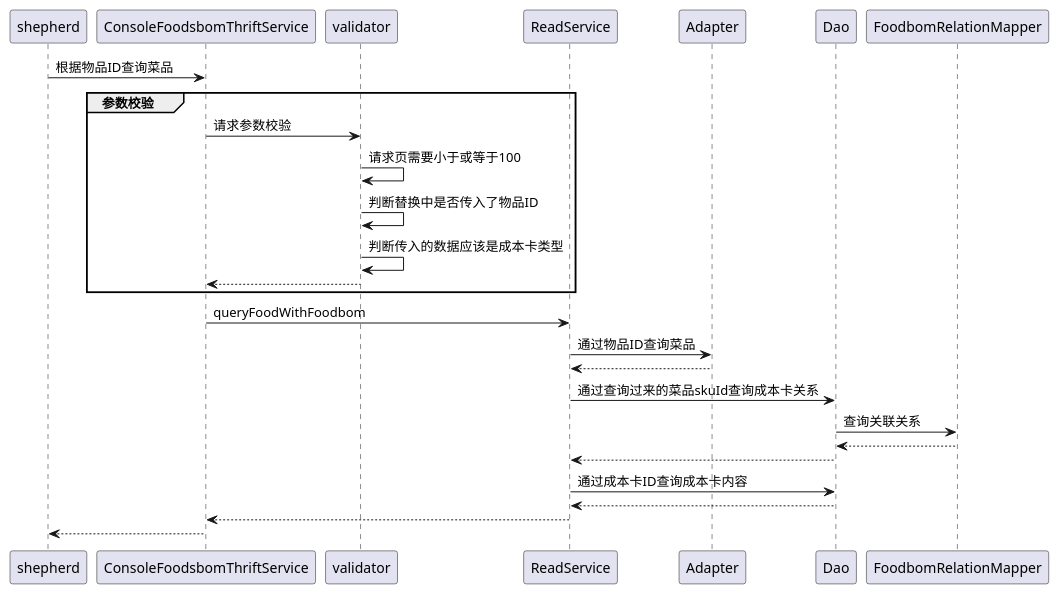
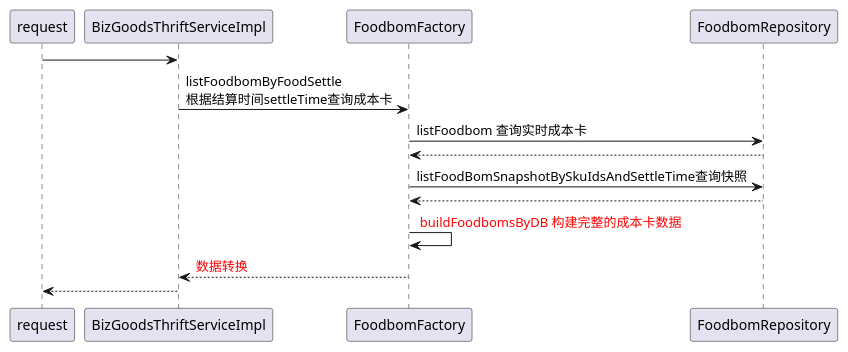
One commit to comcloud/JavaCodeReasearch changed the diagram in src/main/resources/test.puml. Above: the diagram before and after it, drawn with PlantUML. The commit also changed other lines of this file and 3 other files, not shown here.

```diff
--- a/src/main/resources/test.puml
+++ b/src/main/resources/test.puml
@@ -1,27 +1,18 @@
 @startuml
-' 搜索成本卡
-participant shepherd as fe
-participant ConsoleFoodsbomThriftService as thrift
-
-    fe -> thrift : 根据物品ID查询菜品
-group 参数校验
-        thrift -> validator : 请求参数校验
-        validator -> validator : 请求页需要小于或等于100
-        validator -> validator : 判断替换中是否传入了物品ID
-        validator -> validator : 判断传入的数据应该是成本卡类型
-        validator --> thrift
-    end
-    thrift -> ReadService : queryFoodWithFoodbom
-    ReadService -> Adapter : 通过物品ID查询菜品
-    Adapter --> ReadService
-    ReadService -> Dao : 通过查询过来的菜品skuId查询成本卡关系
-    Dao -> FoodbomRelationMapper : 查询关联关系
-    FoodbomRelationMapper --> Dao
-    Dao --> ReadService
-    ReadService -> Dao : 通过成本卡ID查询成本卡内容
-    Dao --> ReadService
-    ReadService --> thrift
-    thrift --> fe
+' 检查是否使用物品下单位列表
+participant request as req
+participant BizGoodsThriftServiceImpl as thrift
+req -> thrift
 
 
+thrift -> FoodbomFactory : listFoodbomByFoodSettle\n根据结算时间settleTime查询成本卡
+FoodbomFactory -> FoodbomRepository : listFoodbom 查询实时成本卡
+FoodbomRepository --> FoodbomFactory
+FoodbomFactory -> FoodbomRepository : listFoodBomSnapshotBySkuIdsAndSettleTime查询快照
+FoodbomRepository --> FoodbomFactory
+FoodbomFactory -> FoodbomFactory : <color:red> buildFoodbomsByDB 构建完整的成本卡数据
+FoodbomFactory --> thrift : <color:red>数据转换
+
+
+thrift --> req
 @enduml
```
